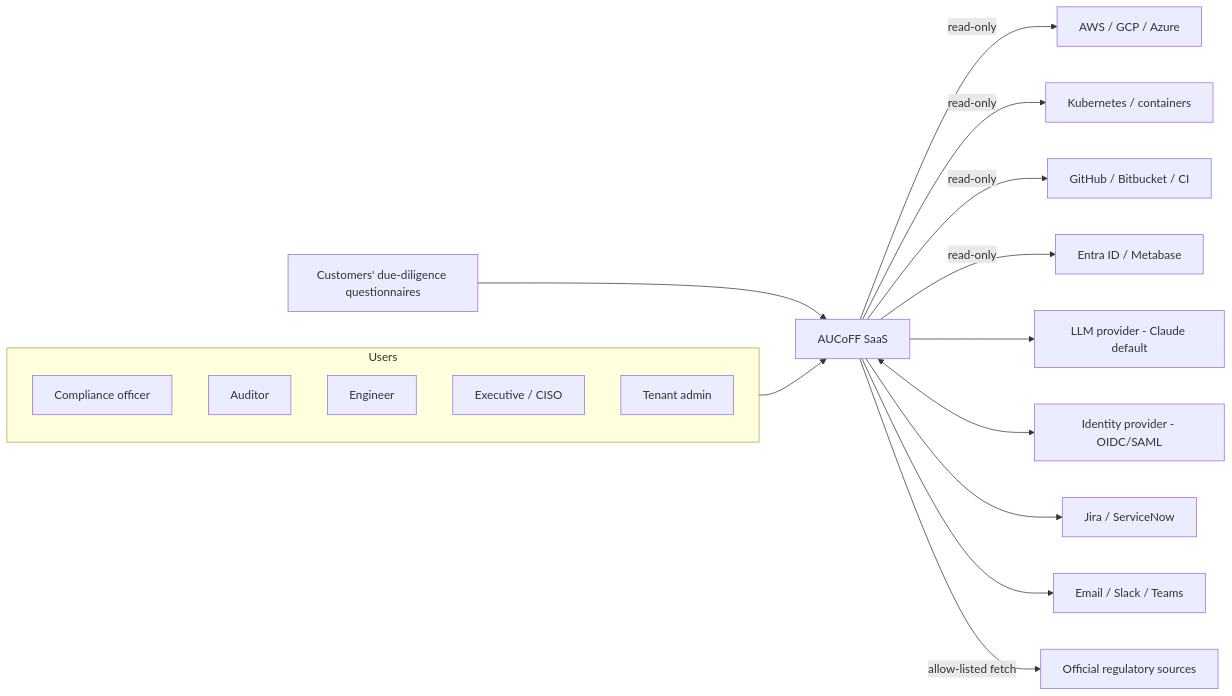
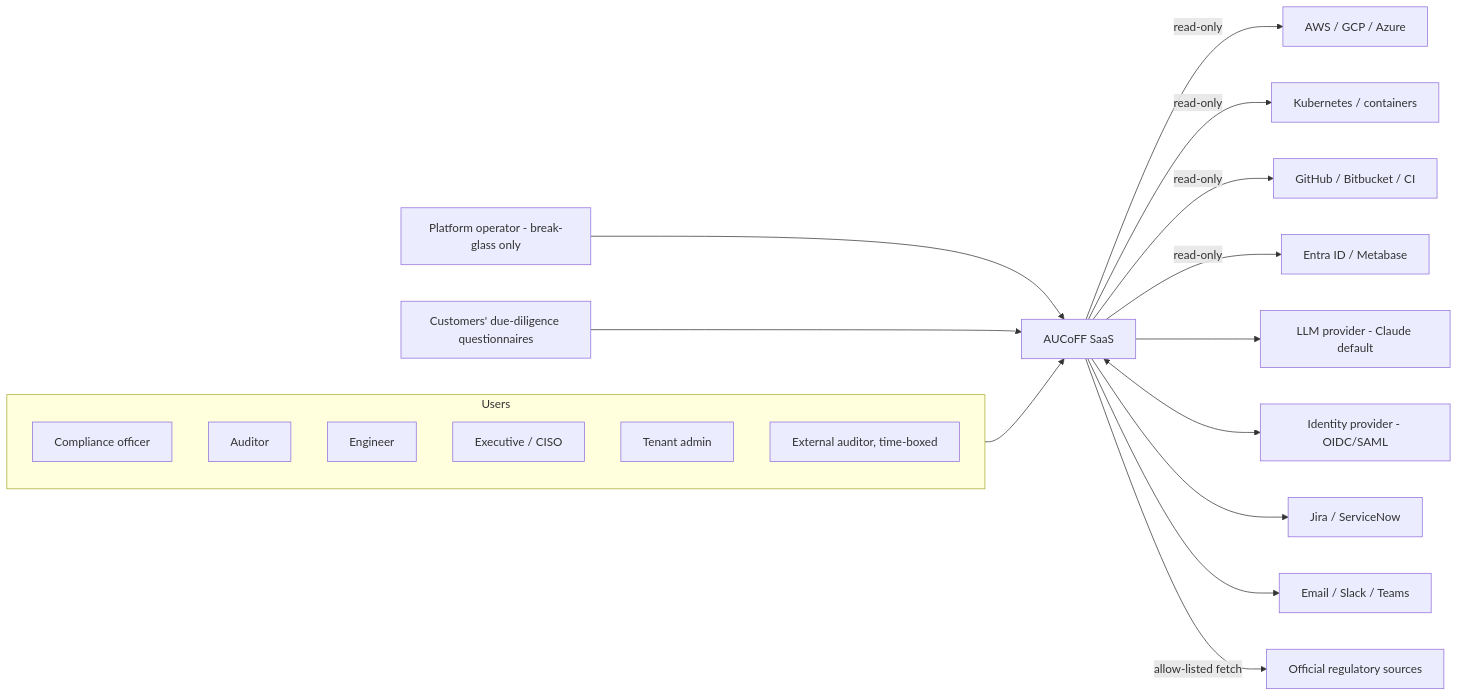
One commit to praveendhac/aucoff changed the first of 2 diagrams in specs/design.md. Above: the diagram before and after it, drawn with Mermaid. The commit also changed other lines of this file and 9 other files, not shown here.

Commit message:
Close pre-build gaps: check engine, tenant lifecycle, auditor access, schema and API additions

````diff
--- a/specs/design.md
+++ b/specs/design.md
@@ -15,17 +15,18 @@
 ```mermaid
 flowchart LR
   subgraph Users
-    CO[Compliance officer] & AU[Auditor] & EN[Engineer] & EX[Executive / CISO] & AD[Tenant admin]
+    CO[Compliance officer] & AU[Auditor] & EN[Engineer] & EX[Executive / CISO] & AD[Tenant admin] & XA[External auditor, time-boxed]
   end
   Users --> AUCOFF[AUCoFF SaaS]
+  PO[Platform operator - break-glass only] --> AUCOFF
   AUCOFF -->|read-only| CLOUD[AWS / GCP / Azure]
   AUCOFF -->|read-only| K8S[Kubernetes / containers]
   AUCOFF -->|read-only| REPOS[GitHub / Bitbucket / CI]
   AUCOFF -->|read-only| SAAS[Entra ID / Metabase]
   AUCOFF --> LLM[LLM provider - Claude default]
   AUCOFF <--> IDP[Identity provider - OIDC/SAML]
   AUCOFF --> TICKET[Jira / ServiceNow]
   AUCOFF --> NOTIFY[Email / Slack / Teams]
   AUCOFF -->|allow-listed fetch| REG[Official regulatory sources]
   CUST[Customers' due-diligence questionnaires] --> AUCOFF
 ```
````
